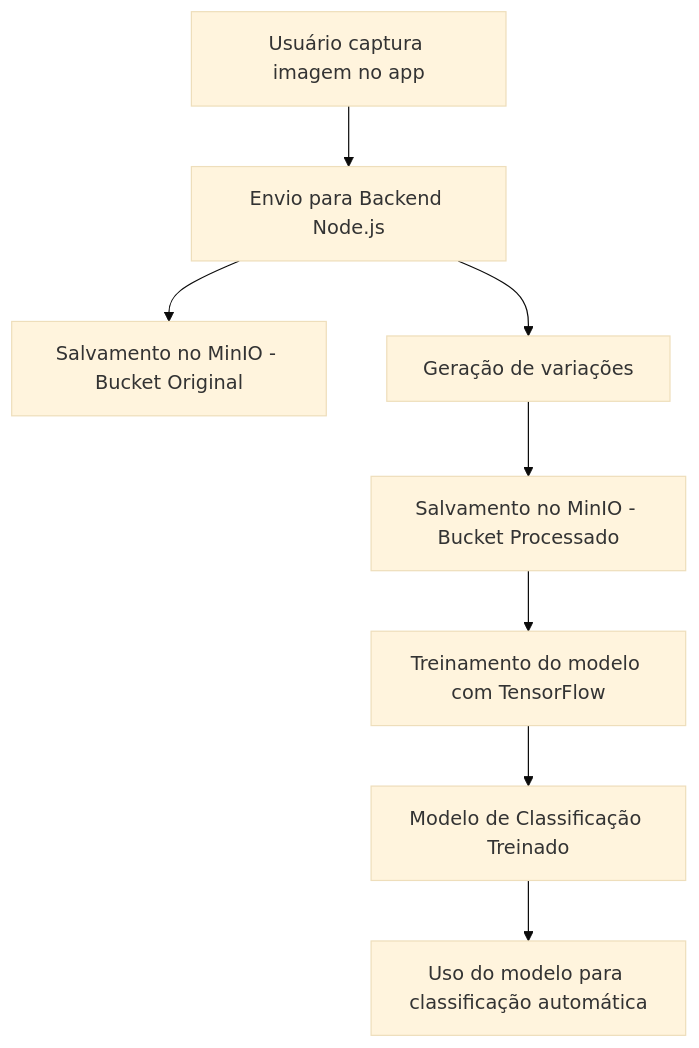
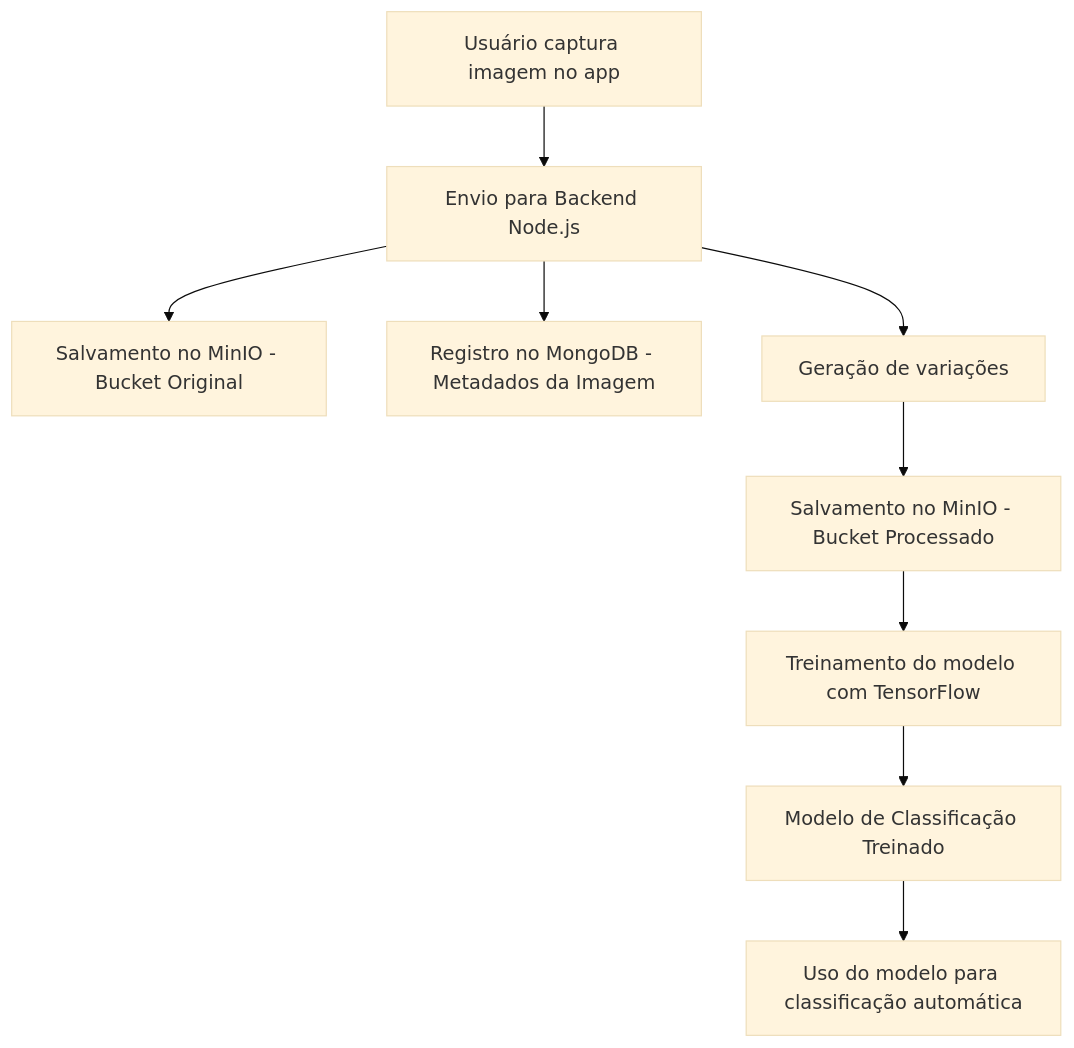
The diagram in README.md (PatrickCalorioCarvalho/OColecionador), drawn with Mermaid (base theme) before and after one commit. The commit also changed other lines of this file, not shown here.

````diff
--- a/README.md
+++ b/README.md
@@ -22,10 +26,11 @@
 ```mermaid
 graph TD;
     A[Usuário captura imagem no app] --> B[Envio para Backend Node.js]
     B --> C[Salvamento no MinIO - Bucket Original]
-    B --> D[Geração de variações]
-    D --> E[Salvamento no MinIO - Bucket Processado]
-    E --> F[Treinamento do modelo com TensorFlow]
-    F --> G[Modelo de Classificação Treinado]
-    G --> H[Uso do modelo para classificação automática]
+    B --> D[Registro no MongoDB - Metadados da Imagem]
+    B --> E[Geração de variações]
+    E --> F[Salvamento no MinIO - Bucket Processado]
+    F --> G[Treinamento do modelo com TensorFlow]
+    G --> H[Modelo de Classificação Treinado]
+    H --> I[Uso do modelo para classificação automática]
 ```
````
